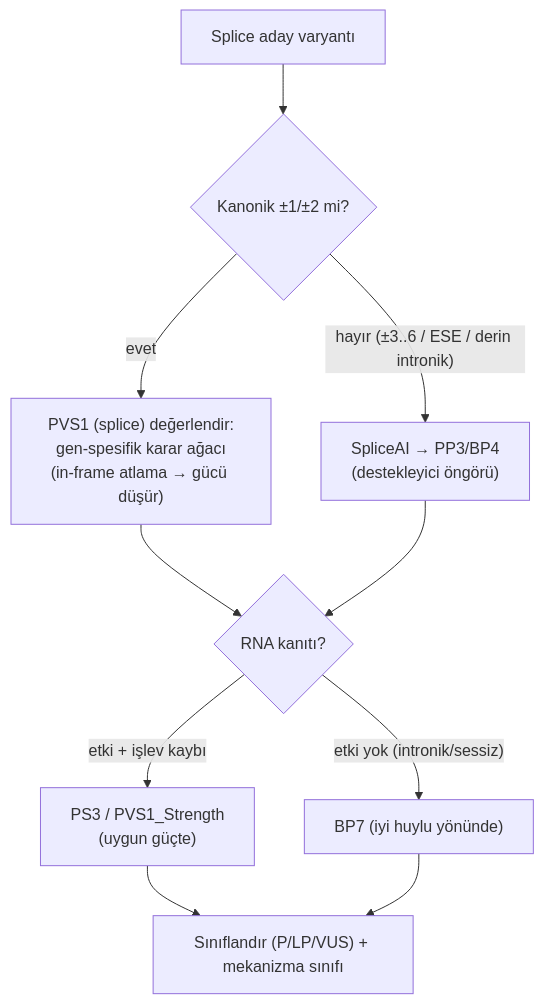
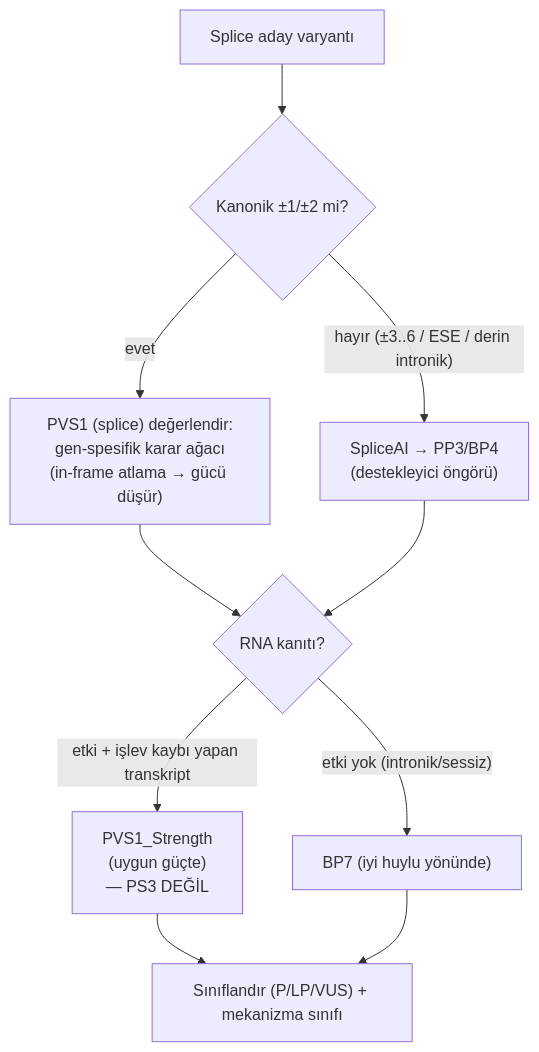
Before and after one commit to MDKalenderoglu/Mekanizma_Kitab-: the second of 3 diagrams in Bölüm_07_Splicing.md, drawn with Mermaid. The commit also changed other lines of this file and 18 other files, not shown here.

````diff
--- a/Bölüm_07_Splicing.md
+++ b/Bölüm_07_Splicing.md
@@ -145,12 +145,12 @@
 ```mermaid
 flowchart TD
   A["Splice aday varyantı"] --> B{"Kanonik ±1/±2 mi?"}
   B -->|"evet"| C["PVS1 (splice) değerlendir:<br/>gen-spesifik karar ağacı<br/>(in-frame atlama → gücü düşür)"]
   B -->|"hayır (±3..6 / ESE / derin intronik)"| D["SpliceAI → PP3/BP4<br/>(destekleyici öngörü)"]
   C --> E{"RNA kanıtı?"}
   D --> E
-  E -->|"etki + işlev kaybı"| F["PS3 / PVS1_Strength<br/>(uygun güçte)"]
+  E -->|"etki + işlev kaybı yapan transkript"| F["PVS1_Strength<br/>(uygun güçte)<br/>— PS3 DEĞİL"]
   E -->|"etki yok (intronik/sessiz)"| G["BP7 (iyi huylu yönünde)"]
   F --> H["Sınıflandır (P/LP/VUS) + mekanizma sınıfı"]
   G --> H
 ```
````
